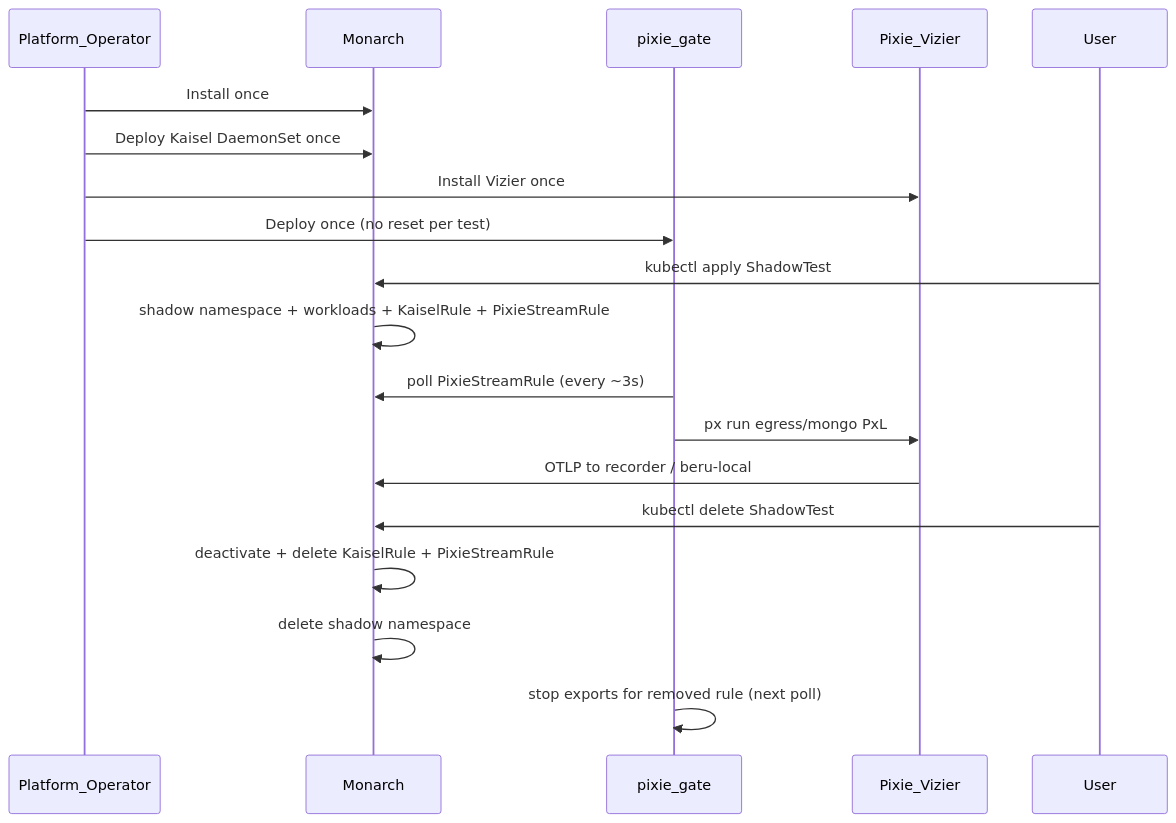
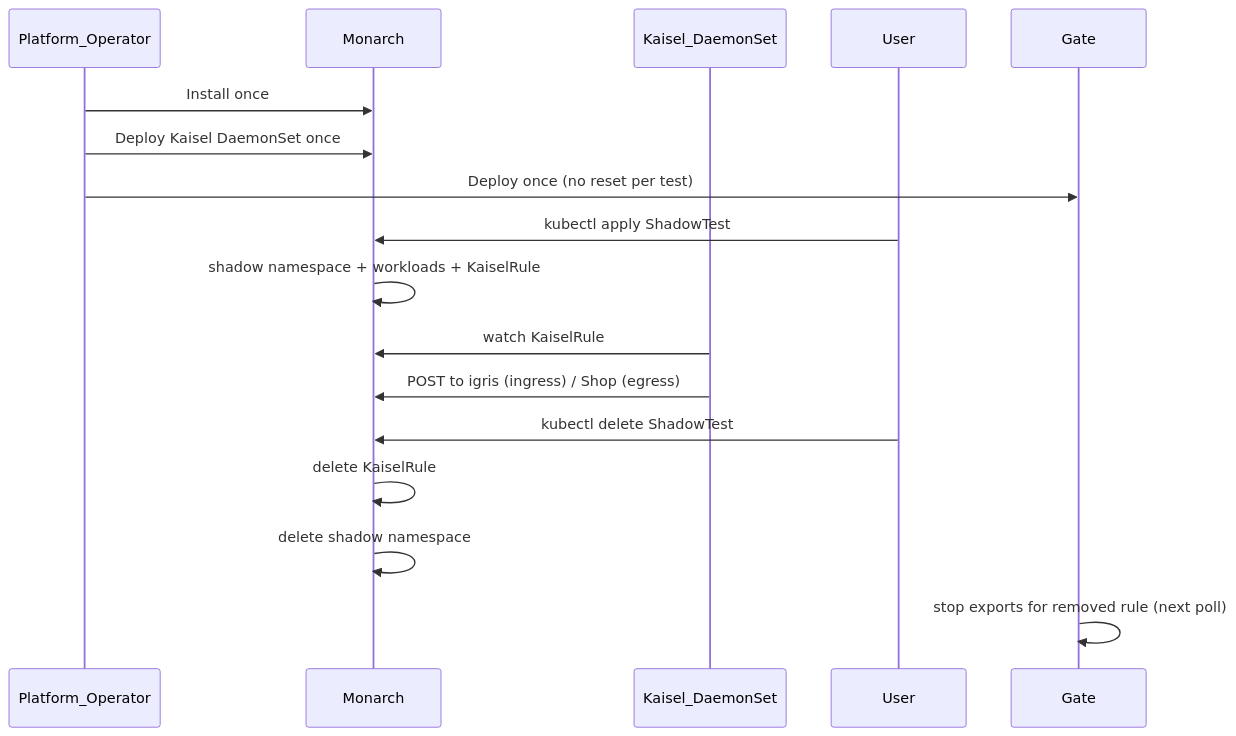
One commit to nederrgo/shadow-diff changed the diagram in docs/control-plane/platform-bootstrap-and-shadowtest-lifecycle.md. Above: the diagram before and after it, drawn with Mermaid. The commit also changed other lines of this file and 135 other files, not shown here.

````diff
--- a/docs/control-plane/platform-bootstrap-and-shadowtest-lifecycle.md
+++ b/docs/control-plane/platform-bootstrap-and-shadowtest-lifecycle.md
@@ -27,24 +25,21 @@
 ```mermaid
 sequenceDiagram
   participant Ops as Platform_Operator
   participant Monarch
-  participant Gate as pixie_gate
-  participant Pixie as Pixie_Vizier
+  participant Kaisel as Kaisel_DaemonSet
   participant User
 
   Ops->>Monarch: Install once
   Ops->>Monarch: Deploy Kaisel DaemonSet once
-  Ops->>Pixie: Install Vizier once
   Ops->>Gate: Deploy once (no reset per test)
 
   User->>Monarch: kubectl apply ShadowTest
-  Monarch->>Monarch: shadow namespace + workloads + KaiselRule + PixieStreamRule
-  Gate->>Monarch: poll PixieStreamRule (every ~3s)
-  Gate->>Pixie: px run egress/mongo PxL
-  Pixie->>Monarch: OTLP to recorder / beru-local
+  Monarch->>Monarch: shadow namespace + workloads + KaiselRule
+  Kaisel->>Monarch: watch KaiselRule
+  Kaisel->>Monarch: POST to igris (ingress) / Shop (egress)
 
   User->>Monarch: kubectl delete ShadowTest
-  Monarch->>Monarch: deactivate + delete KaiselRule + PixieStreamRule
+  Monarch->>Monarch: delete KaiselRule
   Monarch->>Monarch: delete shadow namespace
   Gate->>Gate: stop exports for removed rule (next poll)
 ```
````
